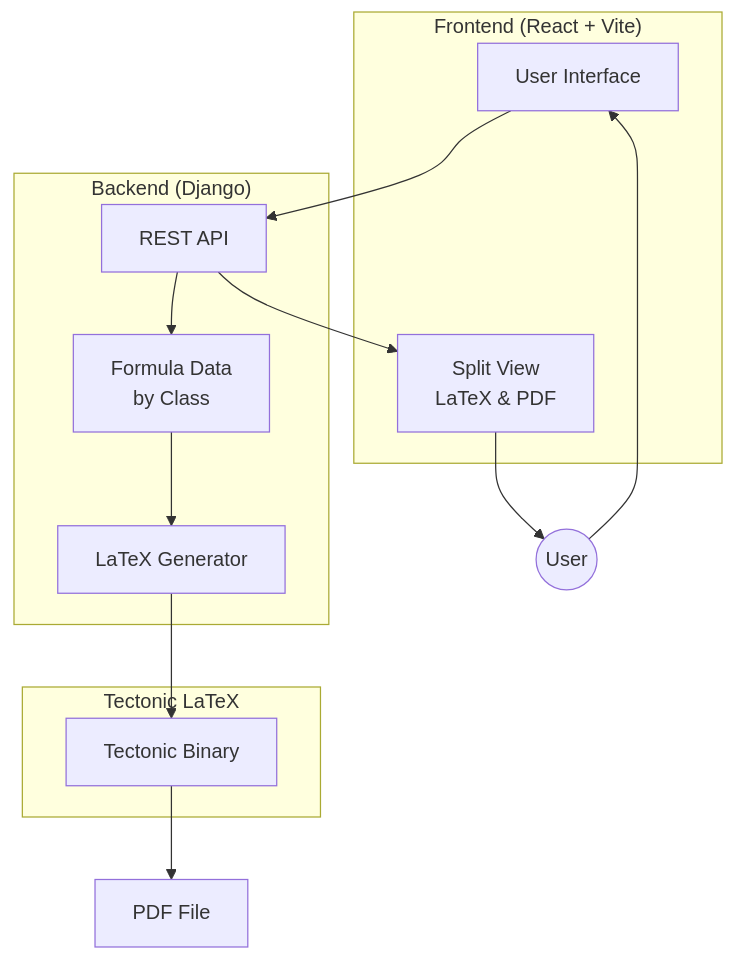
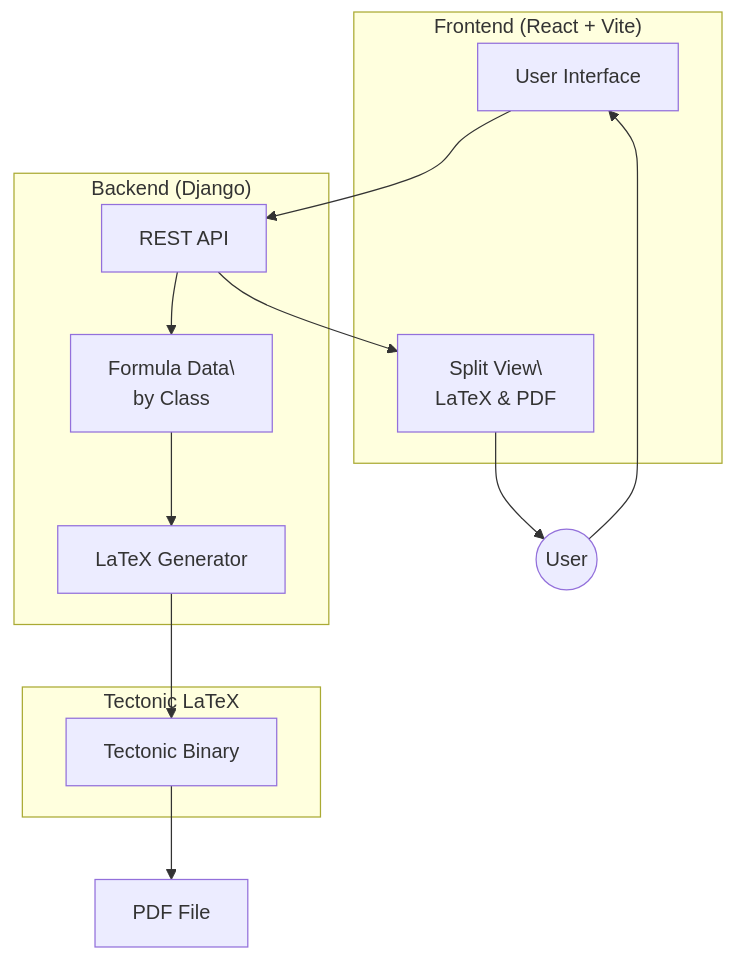
One commit to ChicoState/cheat-sheet changed the diagram in README.md. Above: the diagram before and after it, drawn with Mermaid.

Commit message:
Fix escape characters in Mermaid diagram

````diff
--- a/README.md
+++ b/README.md
@@ -18,26 +18,26 @@
 ```mermaid
 flowchart TB
     subgraph Client["Frontend (React + Vite)"]
         UI[User Interface]
-        SplitView["Split View\nLaTeX & PDF"]
+        SplitView["Split View\\nLaTeX & PDF"]
     end
     
     subgraph Server["Backend (Django)"]
         API[REST API]
-        FormulaData["Formula Data\nby Class"]
+        FormulaData["Formula Data\\nby Class"]
         LatexGen[LaTeX Generator]
     end
     
     subgraph Engine["Tectonic LaTeX"]
         Tectonic[Tectonic Binary]
     end
     
     User((User)) --> UI
     UI --> API
     API --> FormulaData
     FormulaData --> LatexGen
     LatexGen --> Tectonic
     Tectonic --> PDF[PDF File]
     API --> SplitView
     SplitView --> User
 ```
````
